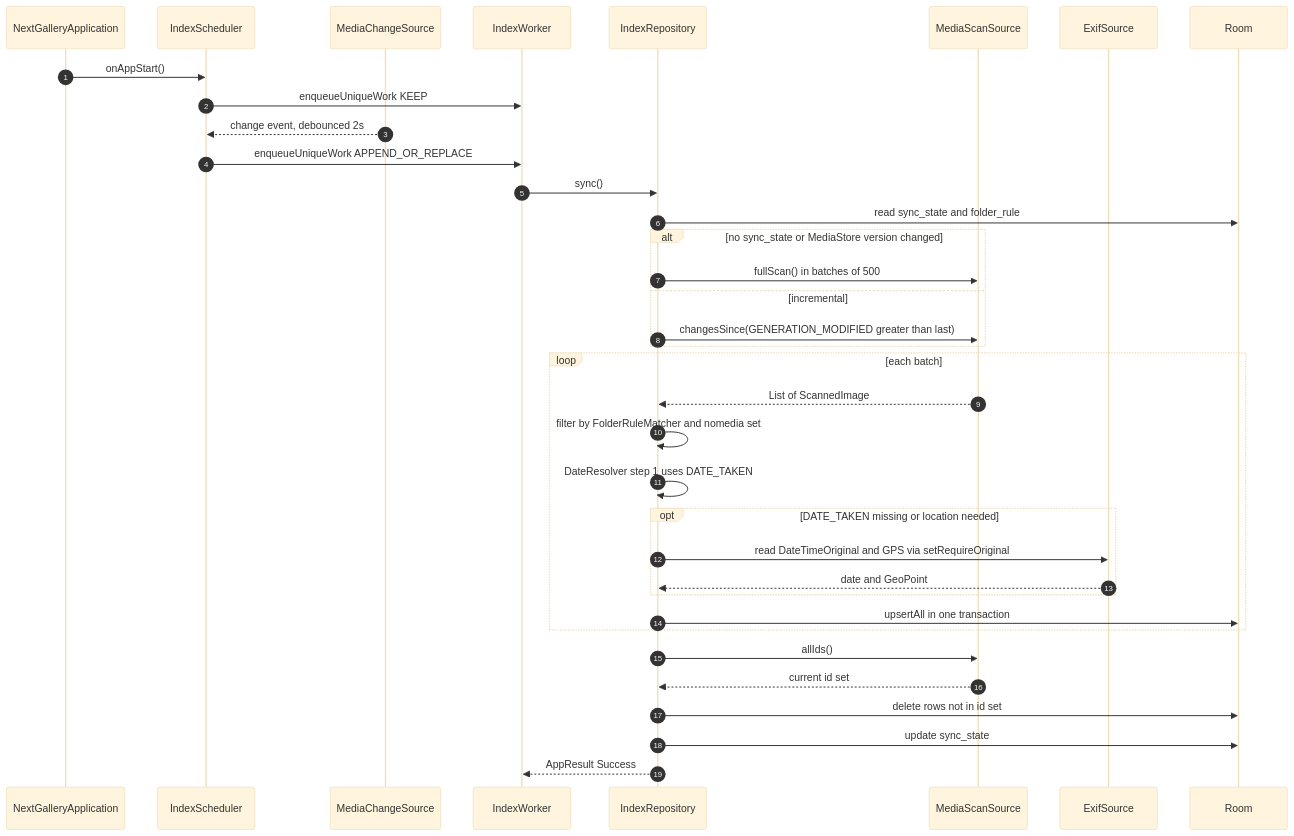
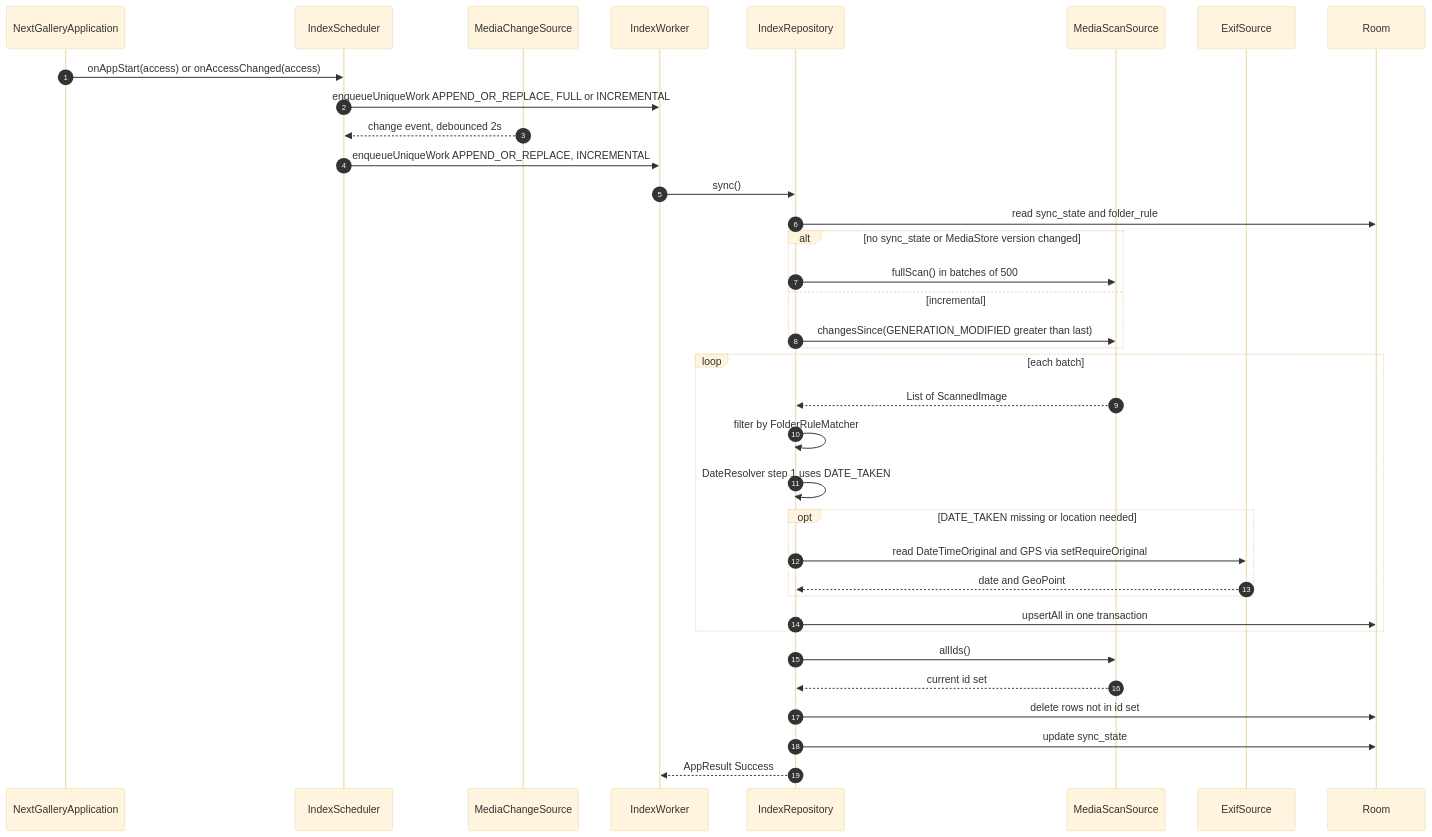
The fourth of 12 diagrams in docs/ARCHITECTURE.md (drehtuer/NextGalleryApp), drawn with Mermaid (base theme) before and after one commit. The commit also changed other lines of this file and 123 other files, not shown here.

````diff
--- a/docs/ARCHITECTURE.md
+++ b/docs/ARCHITECTURE.md
@@ -460,39 +461,39 @@
 ```mermaid
 sequenceDiagram
     autonumber
     participant App as NextGalleryApplication
     participant Sched as IndexScheduler
     participant Obs as MediaChangeSource
     participant W as IndexWorker
     participant Idx as IndexRepository
     participant Scan as MediaScanSource
     participant Exif as ExifSource
     participant DB as Room
 
-    App->>Sched: onAppStart()
-    Sched->>W: enqueueUniqueWork KEEP
+    App->>Sched: onAppStart(access) or onAccessChanged(access)
+    Sched->>W: enqueueUniqueWork APPEND_OR_REPLACE, FULL or INCREMENTAL
     Obs-->>Sched: change event, debounced 2s
-    Sched->>W: enqueueUniqueWork APPEND_OR_REPLACE
+    Sched->>W: enqueueUniqueWork APPEND_OR_REPLACE, INCREMENTAL
     W->>Idx: sync()
     Idx->>DB: read sync_state and folder_rule
     alt no sync_state or MediaStore version changed
         Idx->>Scan: fullScan() in batches of 500
     else incremental
         Idx->>Scan: changesSince(GENERATION_MODIFIED greater than last)
     end
     loop each batch
         Scan-->>Idx: List of ScannedImage
-        Idx->>Idx: filter by FolderRuleMatcher and nomedia set
+        Idx->>Idx: filter by FolderRuleMatcher
         Idx->>Idx: DateResolver step 1 uses DATE_TAKEN
         opt DATE_TAKEN missing or location needed
             Idx->>Exif: read DateTimeOriginal and GPS via setRequireOriginal
             Exif-->>Idx: date and GeoPoint
         end
         Idx->>DB: upsertAll in one transaction
     end
     Idx->>Scan: allIds()
     Scan-->>Idx: current id set
     Idx->>DB: delete rows not in id set
     Idx->>DB: update sync_state
     Idx-->>W: AppResult Success
 ```
````
